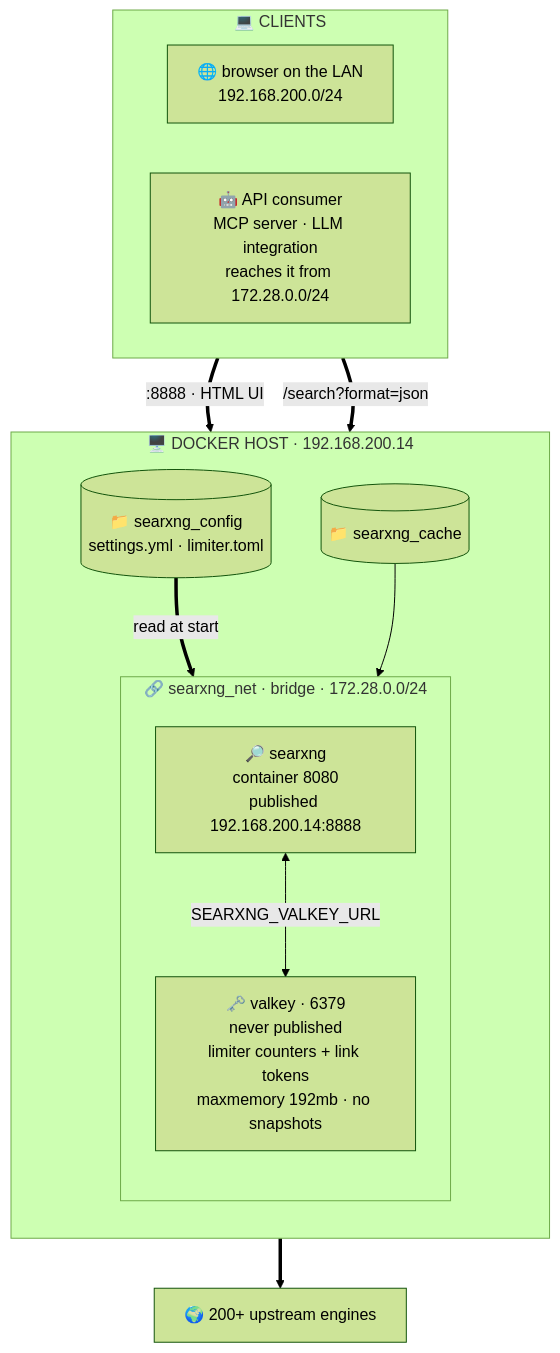
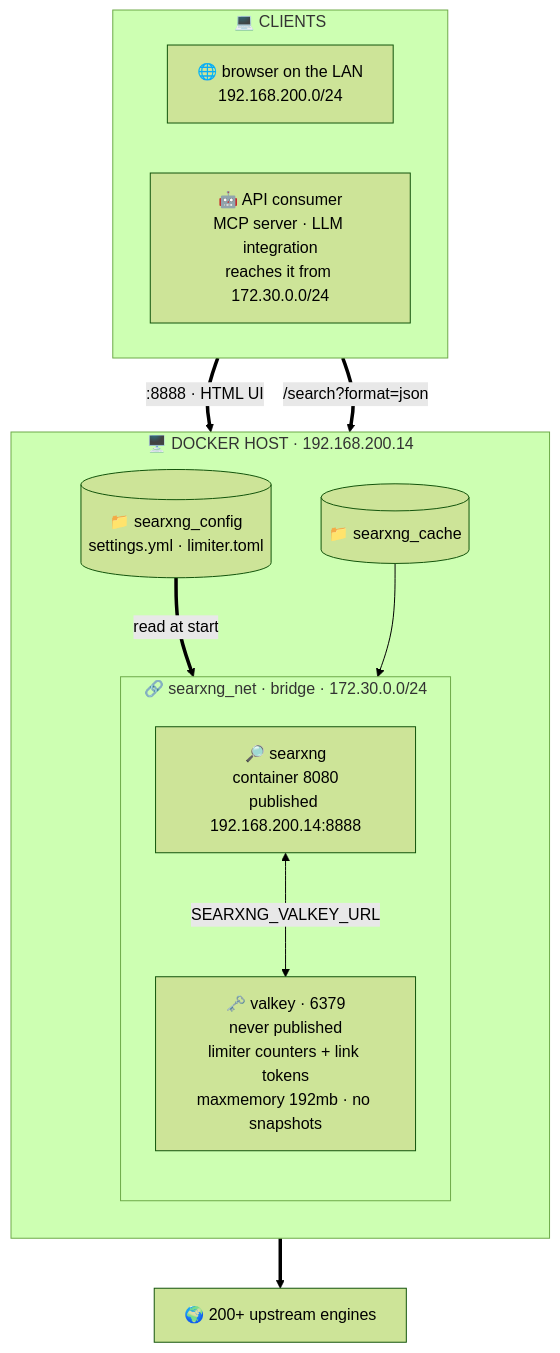
The first of 2 diagrams in SearXNG/README.md (BladerunnerxRC/Docker), drawn with Mermaid (forest theme) before and after one commit. The commit also changed other lines of this file, not shown here.

Commit message:
docs(searxng): document subnet migration and limiter config refresh

````diff
--- a/SearXNG/README.md
+++ b/SearXNG/README.md
@@ -19,31 +19,31 @@
 ```mermaid
 flowchart TB
 
     %% ---------------- WHO TALKS TO IT ----------------
     subgraph CLIENTS["💻 CLIENTS"]
         direction LR
         BROWSER["🌐 browser on the LAN<br/>192.168.200.0/24"]
-        APICLI["🤖 API consumer<br/>MCP server · LLM integration<br/>reaches it from 172.28.0.0/24"]
+        APICLI["🤖 API consumer<br/>MCP server · LLM integration<br/>reaches it from 172.30.0.0/24"]
     end
 
     %% ---------------- THE STACK ----------------
     subgraph HOST["🖥️ DOCKER HOST · 192.168.200.14"]
         direction TB
-        subgraph NET["🔗 searxng_net · bridge · 172.28.0.0/24"]
+        subgraph NET["🔗 searxng_net · bridge · 172.30.0.0/24"]
             direction TB
             SX["🔎 searxng<br/>container 8080<br/>published 192.168.200.14:8888"]
             VK["🗝️ valkey · 6379<br/>never published<br/>limiter counters + link tokens<br/>maxmemory 192mb · no snapshots"]
             SX <-->|"SEARXNG_VALKEY_URL"| VK
         end
         CFG[("📁 searxng_config<br/>settings.yml · limiter.toml")]
         CACHE[("📁 searxng_cache")]
         CFG ==>|"read at start"| SX
         CACHE --> SX
     end
 
     ENGINES["🌍 200+ upstream engines"]
 
     BROWSER ==>|":8888 · HTML UI"| SX
     APICLI ==>|"/search?format=json"| SX
     SX ==> ENGINES
 ```
````
